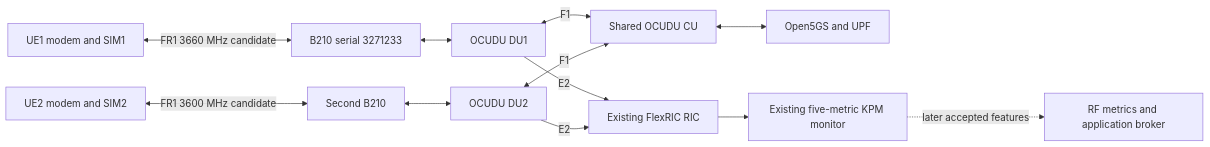
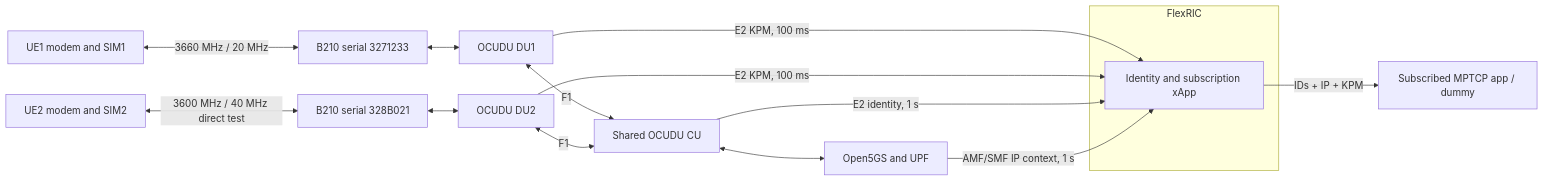
One commit to Ruibin2000/Falcon changed the diagram in plans/dual-ue-du-fr1-channels.md. Above: the diagram before and after it, drawn with Mermaid. The commit also changed other lines of this file and 45 other files, not shown here.

````diff
--- a/plans/dual-ue-du-fr1-channels.md
+++ b/plans/dual-ue-du-fr1-channels.md
@@ -356,14 +366,18 @@
 ```mermaid
 flowchart LR
-    U1[UE1 modem and SIM1] <-->|FR1 3660 MHz candidate| R1[B210 serial 3271233]
-    U2[UE2 modem and SIM2] <-->|FR1 3600 MHz candidate| R2[Second B210]
+    U1[UE1 modem and SIM1] <-->|3660 MHz / 20 MHz| R1[B210 serial 3271233]
+    U2[UE2 modem and SIM2] <-->|3600 MHz / 40 MHz direct test| R2[B210 serial 328B021]
     R1 <--> D1[OCUDU DU1]
     R2 <--> D2[OCUDU DU2]
     D1 <-->|F1| CU[Shared OCUDU CU]
     D2 <-->|F1| CU
     CU <--> CORE[Open5GS and UPF]
-    D1 -->|E2| RIC[Existing FlexRIC RIC]
-    D2 -->|E2| RIC
-    RIC --> X[Existing five-metric KPM monitor]
-    X -. later accepted features .-> B[RF metrics and application broker]
+    subgraph RIC[FlexRIC]
+        X[Identity and subscription xApp]
+    end
+    D1 -->|E2 KPM, 100 ms| X
+    D2 -->|E2 KPM, 100 ms| X
+    CU -->|E2 identity, 1 s| X
+    CORE -->|AMF/SMF IP context, 1 s| X
+    X -->|IDs + IP + KPM| B[Subscribed MPTCP app / dummy]
 ```
````
